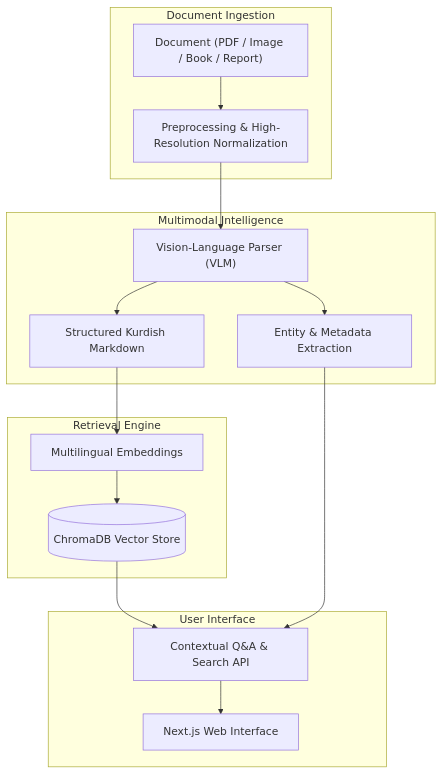
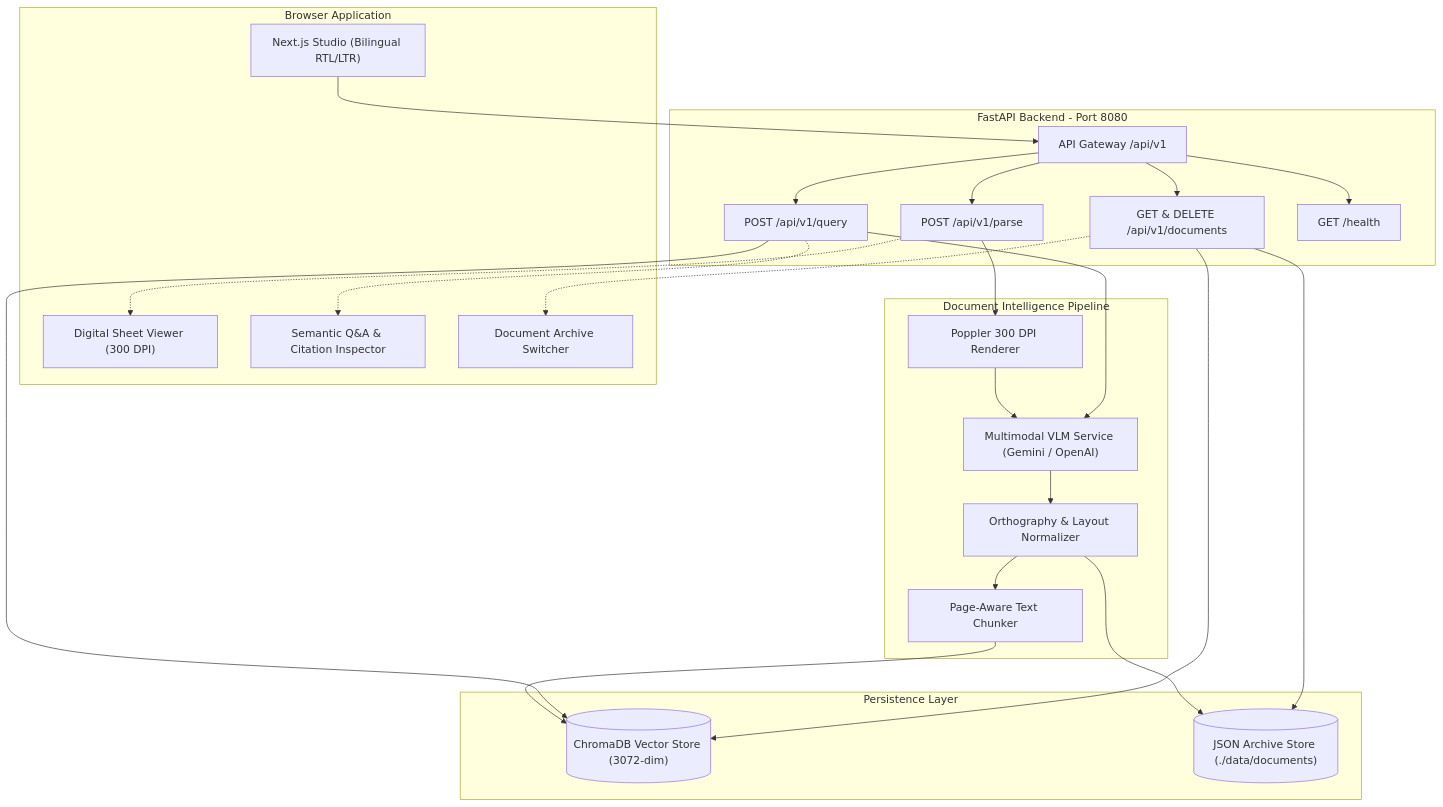
The diagram in README.md (ahmadw13/kurd-doc-intel), drawn with Mermaid before and after one commit. The commit also changed other lines of this file and 1 other file, not shown here.

Commit message:
feat: add comprehensive developer guide and API documentation

````diff
--- a/README.md
+++ b/README.md
@@ -19,32 +86,52 @@
 ```mermaid
 flowchart TD
-    subgraph Input [Document Ingestion]
-        Doc["Document (PDF / Image / Book / Report)"]
-        Pre["Preprocessing & High-Resolution Normalization"]
-        Doc --> Pre
+    subgraph Client [Browser Application]
+        UI["Next.js Studio (Bilingual RTL/LTR)"]
+        Viewer["Digital Sheet Viewer (300 DPI)"]
+        Chat["Semantic Q&A & Citation Inspector"]
+        ArchiveNav["Document Archive Switcher"]
     end
 
-    subgraph Extraction [Multimodal Intelligence]
-        VLM["Vision-Language Parser (VLM)"]
-        Markdown["Structured Kurdish Markdown"]
-        Metadata["Entity & Metadata Extraction"]
-        Pre --> VLM
-        VLM --> Markdown
-        VLM --> Metadata
+    subgraph API [FastAPI Backend - Port 8080]
+        Router["API Gateway /api/v1"]
+        ParseEP["POST /api/v1/parse"]
+        QueryEP["POST /api/v1/query"]
+        DocsEP["GET & DELETE /api/v1/documents"]
+        HealthEP["GET /health"]
     end
 
-    subgraph Indexing [Retrieval Engine]
-        Embed["Multilingual Embeddings"]
-        VectorDB[("ChromaDB Vector Store")]
-        Markdown --> Embed
-        Embed --> VectorDB
+    subgraph Pipeline [Document Intelligence Pipeline]
+        Renderer["Poppler 300 DPI Renderer"]
+        Normalizer["Orthography & Layout Normalizer"]
+        VLM["Multimodal VLM Service (Gemini / OpenAI)"]
+        Chunker["Page-Aware Text Chunker"]
     end
 
-    subgraph Application [User Interface]
-        UI["Next.js Web Interface"]
-        QA["Contextual Q&A & Search API"]
-        VectorDB --> QA
-        Metadata --> QA
-        QA --> UI
+    subgraph Storage [Persistence Layer]
+        Chroma[("ChromaDB Vector Store (3072-dim)")]
+        Disk[("JSON Archive Store (./data/documents)")]
     end
+
+    UI --> Router
+    Router --> ParseEP
+    Router --> QueryEP
+    Router --> DocsEP
+    Router --> HealthEP
+
+    ParseEP --> Renderer
+    Renderer --> VLM
+    VLM --> Normalizer
+    Normalizer --> Chunker
+    Normalizer --> Disk
+    Chunker --> Chroma
+
+    QueryEP --> Chroma
+    QueryEP --> VLM
+
+    DocsEP --> Disk
+    DocsEP --> Chroma
+
+    ParseEP -.-> Viewer
+    QueryEP -.-> Chat
+    DocsEP -.-> ArchiveNav
 ```
````
